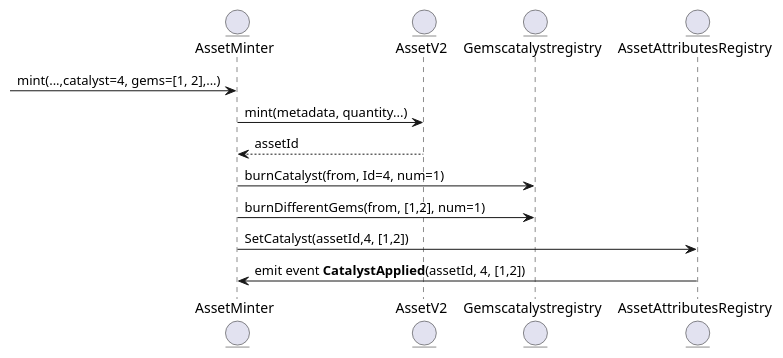
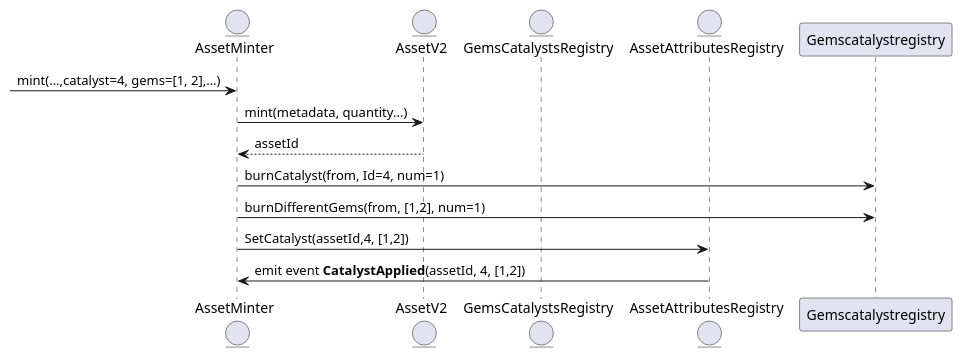
Before and after one commit to thesandboxgame/sandbox-smart-contracts: the second of 2 diagrams in docs/topics/asset/asset-minter.md, drawn with PlantUML. The commit also changed other lines of this file and 6 other files, not shown here.

````diff
--- a/docs/topics/asset/asset-minter.md
+++ b/docs/topics/asset/asset-minter.md
@@ -45,15 +45,15 @@
 ```plantuml
 entity AssetMinter
 entity AssetV2
 
-entity Gemscatalystregistry
+entity GemsCatalystsRegistry
 entity AssetAttributesRegistry
 ->AssetMinter:mint(...,catalyst=4, gems=[1, 2],...)
 AssetMinter->AssetV2:mint(metadata, quantity...)
 AssetMinter <-- AssetV2:assetId
 AssetMinter->Gemscatalystregistry:burnCatalyst(from, Id=4, num=1)
 AssetMinter->Gemscatalystregistry:burnDifferentGems(from, [1,2], num=1)
 AssetMinter->AssetAttributesRegistry:SetCatalyst(assetId,4, [1,2])
 AssetMinter<- AssetAttributesRegistry:emit event **CatalystApplied**(assetId, 4, [1,2])
 
 ```
````
